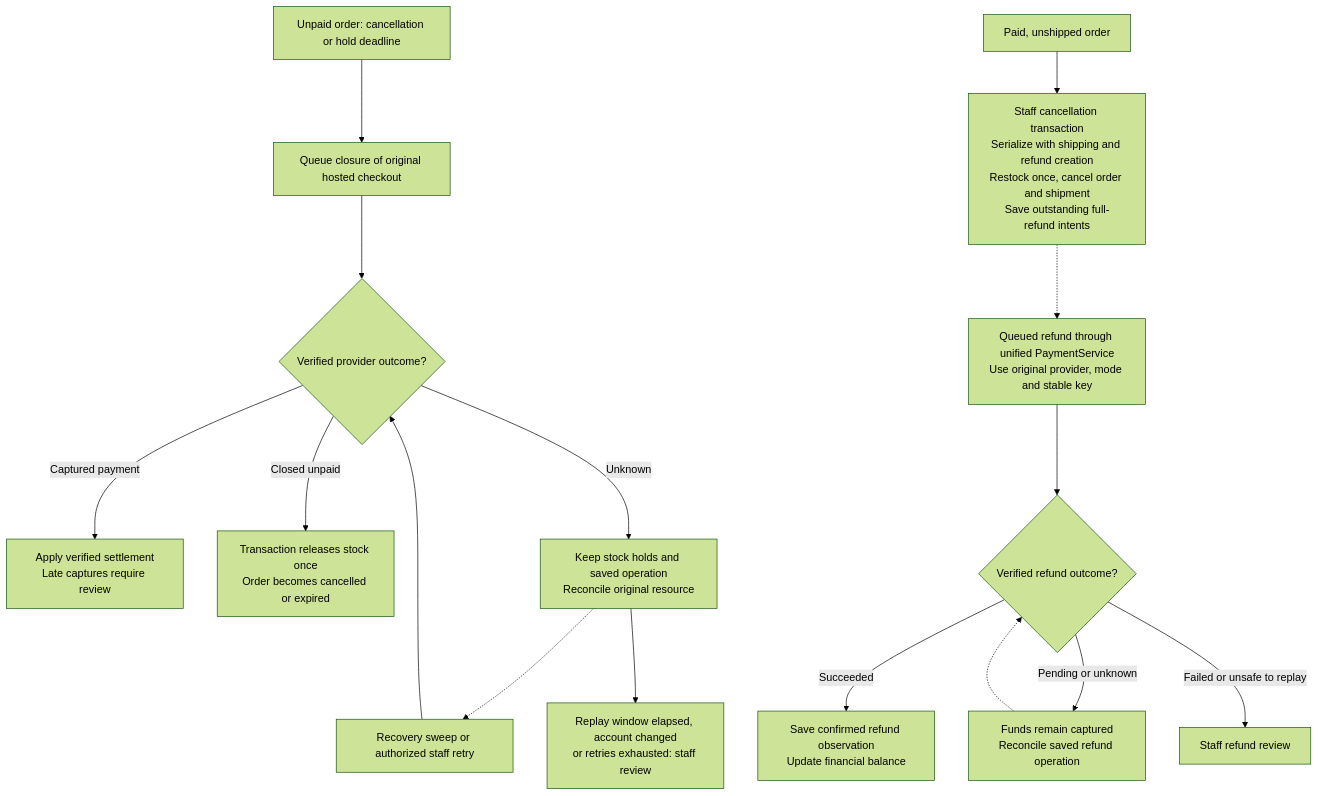
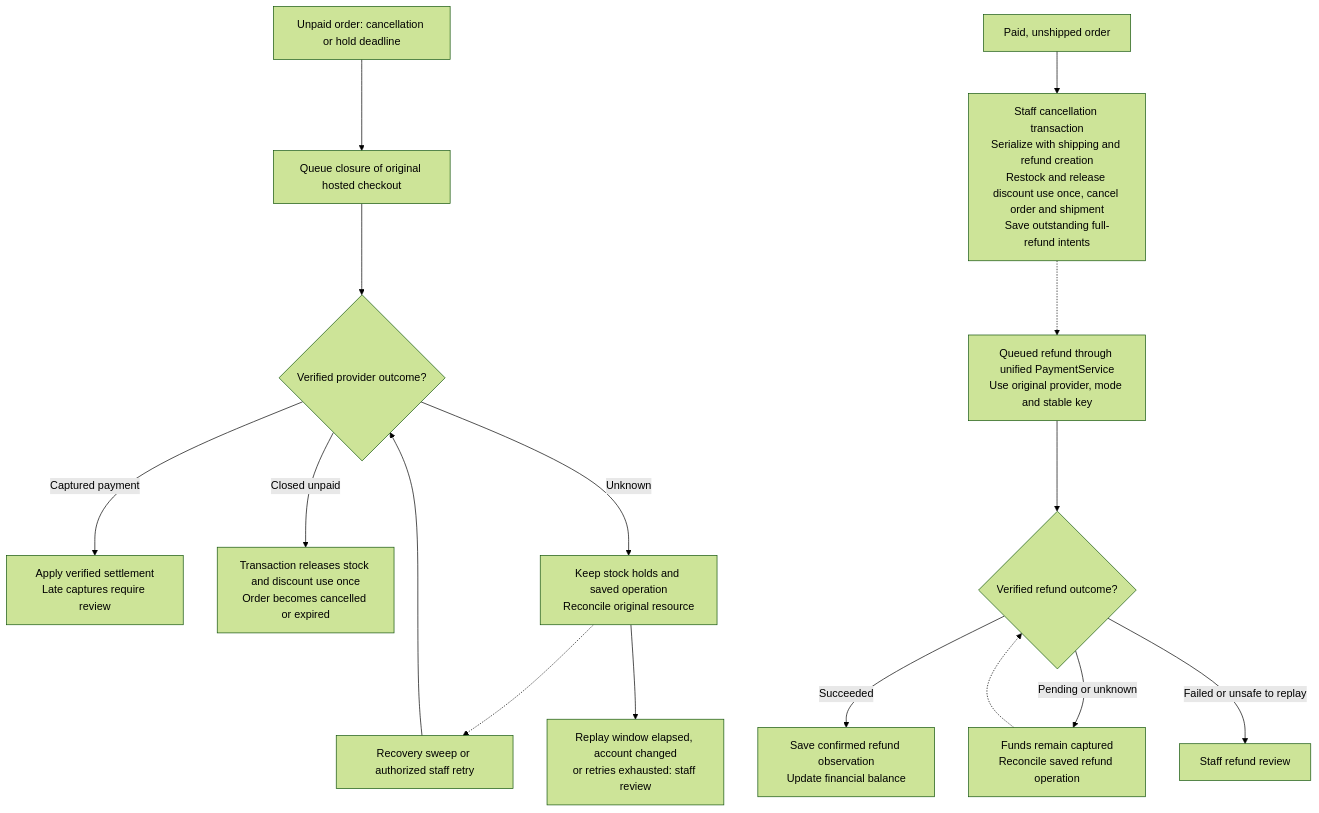
One commit to HelloCigar/adonis-storefront-template changed the third of 3 diagrams in docs/checkout-process.md. Above: the diagram before and after it, drawn with Mermaid (forest theme). The commit also changed other lines of this file and 49 other files, not shown here.

First line of the commit message:
feat(checkout): staff-managed discount codes

````diff
--- a/docs/checkout-process.md
+++ b/docs/checkout-process.md
@@ -79,19 +79,19 @@
 ```mermaid
 flowchart TD
   unpaid["Unpaid order: cancellation or hold deadline"] --> close["Queue closure of original hosted checkout"]
   close --> result{"Verified provider outcome?"}
   result -->|Captured payment| settle["Apply verified settlement<br/>Late captures require review"]
-  result -->|Closed unpaid| release["Transaction releases stock once<br/>Order becomes cancelled or expired"]
+  result -->|Closed unpaid| release["Transaction releases stock and discount use once<br/>Order becomes cancelled or expired"]
   result -->|Unknown| hold["Keep stock holds and saved operation<br/>Reconcile original resource"]
   hold -.-> reconcile["Recovery sweep or authorized staff retry"]
   reconcile --> result
   hold --> unsafe["Replay window elapsed, account changed<br/>or retries exhausted: staff review"]
 
-  paid["Paid, unshipped order"] --> cancel["Staff cancellation transaction<br/>Serialize with shipping and refund creation<br/>Restock once, cancel order and shipment<br/>Save outstanding full-refund intents"]
+  paid["Paid, unshipped order"] --> cancel["Staff cancellation transaction<br/>Serialize with shipping and refund creation<br/>Restock and release discount use once, cancel order and shipment<br/>Save outstanding full-refund intents"]
   cancel -.-> refund["Queued refund through unified PaymentService<br/>Use original provider, mode and stable key"]
   refund --> outcome{"Verified refund outcome?"}
   outcome -->|Succeeded| refunded["Save confirmed refund observation<br/>Update financial balance"]
   outcome -->|Pending or unknown| refundPending["Funds remain captured<br/>Reconcile saved refund operation"]
   refundPending -.-> outcome
   outcome -->|Failed or unsafe to replay| refundReview["Staff refund review"]
 ```
````
